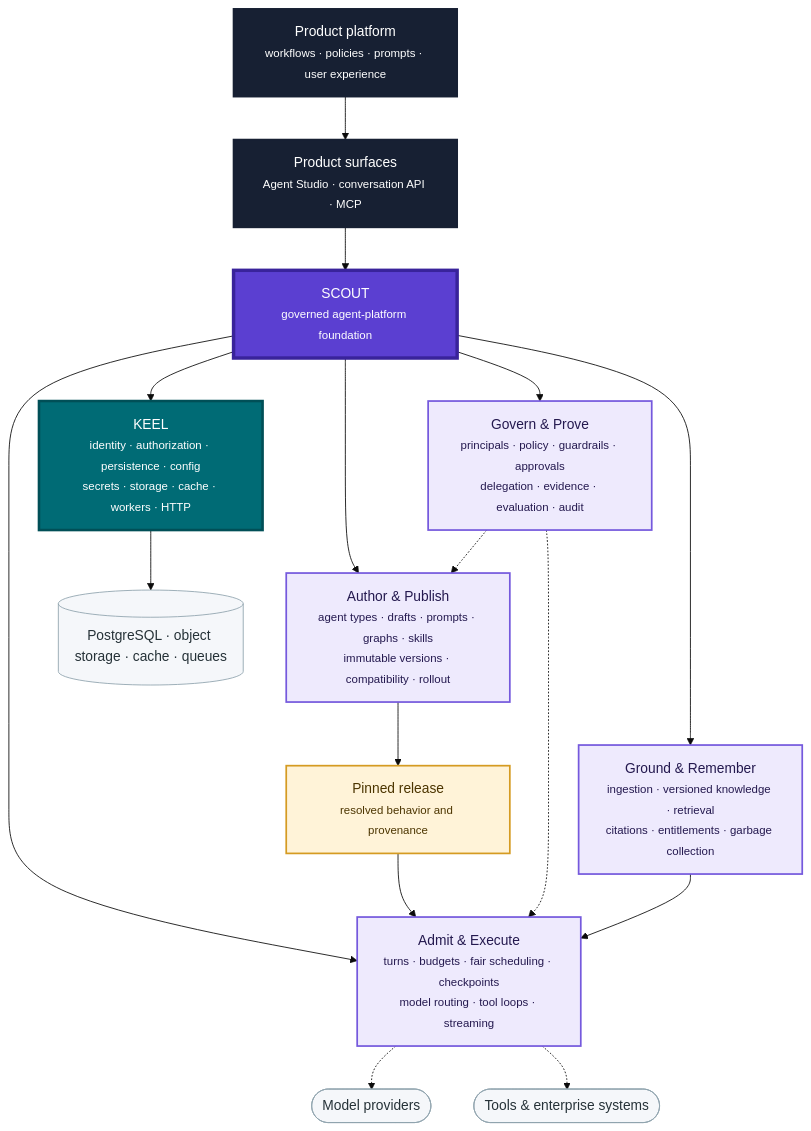
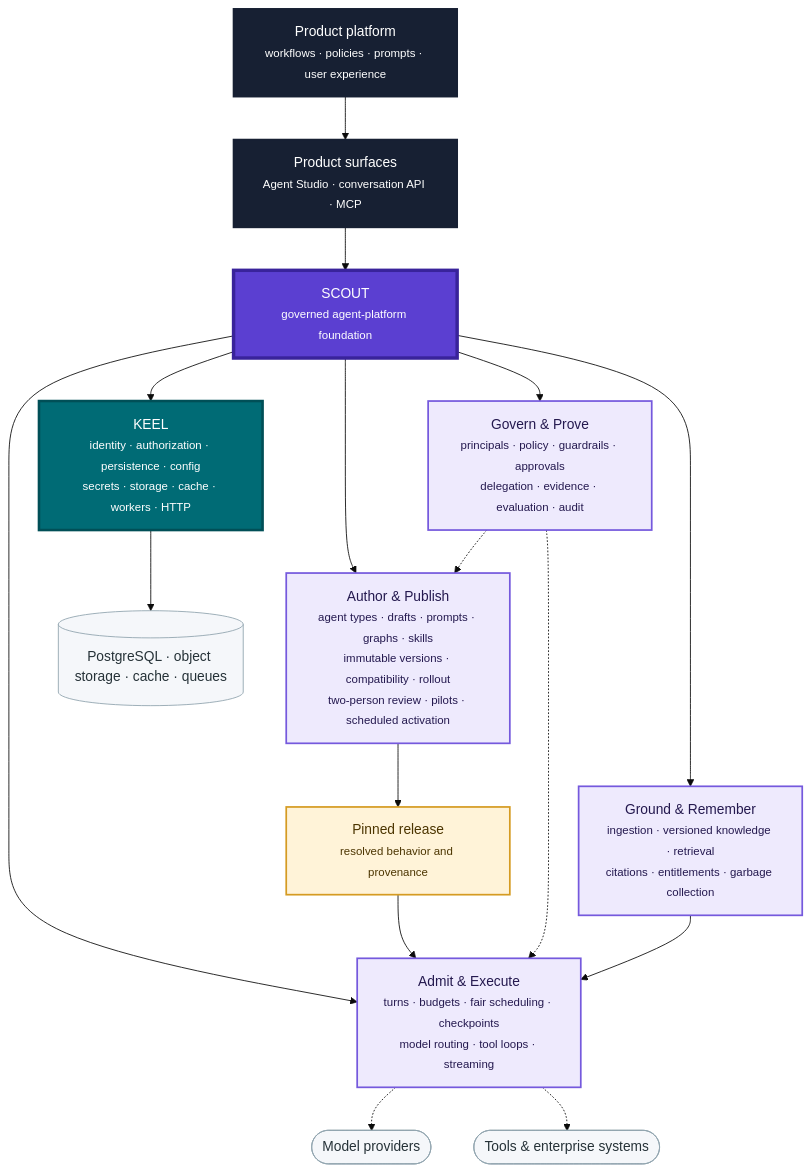
One commit to nauticana/scout changed the diagram in README.md. Above: the diagram before and after it, drawn with Mermaid (base theme). The commit also changed other lines of this file and 243 other files, not shown here.

Commit message:
Studio governance, evaluations, publish controls, pilots, limits, and complete usage attribution

````diff
--- a/README.md
+++ b/README.md
@@ -7,37 +7,37 @@
 ```mermaid
 flowchart TB
     PRODUCT["Product platform<br/><small>workflows · policies · prompts · user experience</small>"]
     SURFACES["Product surfaces<br/><small>Agent Studio · conversation API · MCP</small>"]
     SCOUT["SCOUT<br/><small>governed agent-platform foundation</small>"]
 
     PRODUCT --> SURFACES --> SCOUT
 
-    SCOUT --> CONTROL["Author & Publish<br/><small>agent types · drafts · prompts · graphs · skills<br/>immutable versions · compatibility · rollout</small>"]
+    SCOUT --> CONTROL["Author & Publish<br/><small>agent types · drafts · prompts · graphs · skills<br/>immutable versions · compatibility · rollout<br/>two-person review · pilots · scheduled activation</small>"]
     SCOUT --> RUNTIME["Admit & Execute<br/><small>turns · budgets · fair scheduling · checkpoints<br/>model routing · tool loops · streaming</small>"]
     SCOUT --> GOVERN["Govern & Prove<br/><small>principals · policy · guardrails · approvals<br/>delegation · evidence · evaluation · audit</small>"]
     SCOUT --> KNOWLEDGE["Ground & Remember<br/><small>ingestion · versioned knowledge · retrieval<br/>citations · entitlements · garbage collection</small>"]
 
     CONTROL --> RELEASE["Pinned release<br/><small>resolved behavior and provenance</small>"]
     RELEASE --> RUNTIME
     GOVERN -.-> CONTROL
     GOVERN -.-> RUNTIME
     KNOWLEDGE --> RUNTIME
 
     RUNTIME -.-> MODELS(["Model providers"])
     RUNTIME -.-> TOOLS(["Tools & enterprise systems"])
     SCOUT --> KEEL["KEEL<br/><small>identity · authorization · persistence · config<br/>secrets · storage · cache · workers · HTTP</small>"]
     KEEL --> STATE[("PostgreSQL · object storage · cache · queues")]
 
     classDef product fill:#172033,color:#ffffff,stroke:#172033,stroke-width:2px
     classDef scout fill:#5b3fd1,color:#ffffff,stroke:#39239b,stroke-width:4px
     classDef capability fill:#eeeafd,color:#24194f,stroke:#7559dd,stroke-width:2px
     classDef release fill:#fff3d8,color:#4c3500,stroke:#d59b22,stroke-width:2px
     classDef keel fill:#006b75,color:#ffffff,stroke:#004f57,stroke-width:3px
     classDef adapter fill:#f5f7fa,color:#263238,stroke:#90a4ae,stroke-width:1px
     class PRODUCT,SURFACES product
     class SCOUT scout
     class CONTROL,RUNTIME,GOVERN,KNOWLEDGE capability
     class RELEASE release
     class KEEL keel
     class MODELS,TOOLS,STATE adapter
 ```
````
